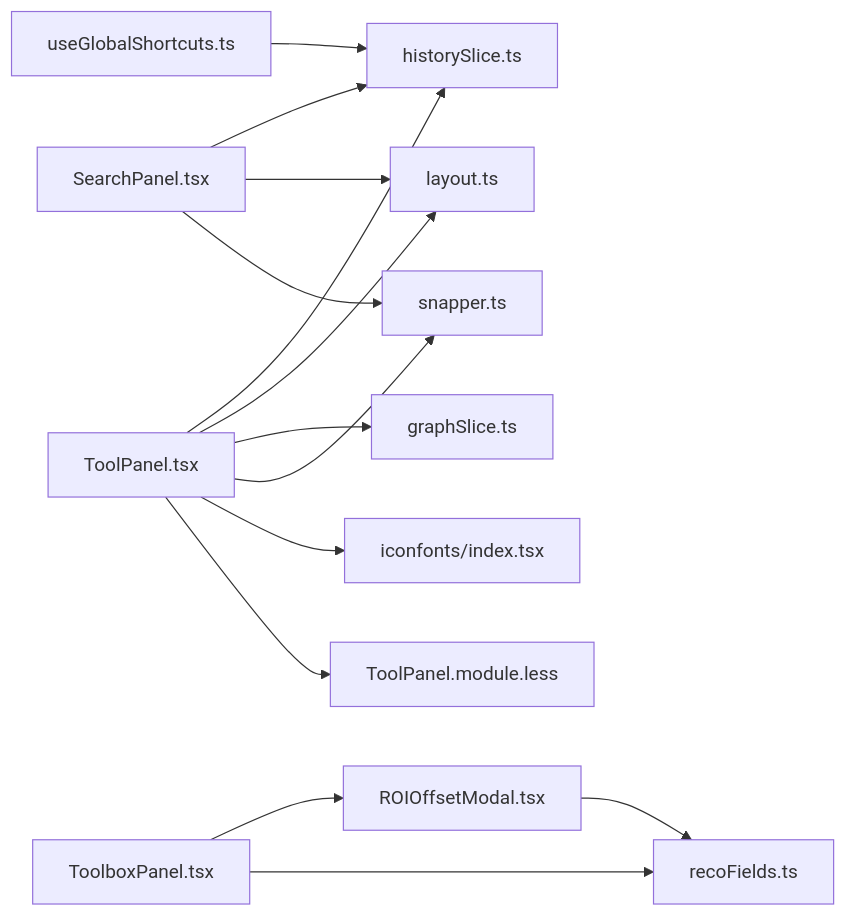
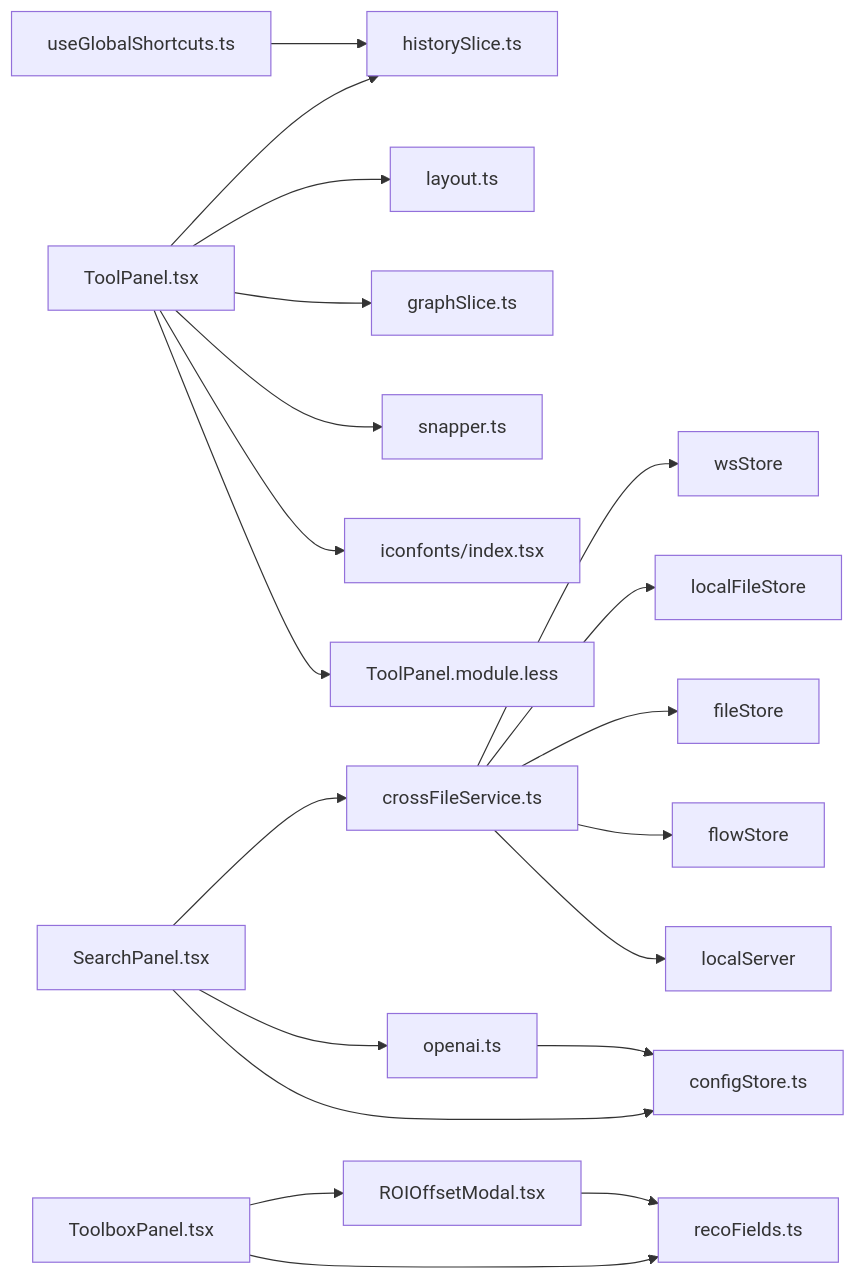
Before and after one commit to kqcoxn/MaaPipelineEditor: the sixth of 6 diagrams in .qoder/repowiki/zh/content/核心概念/工具/工具.md, drawn with Mermaid. The commit also changed other lines of this file and 6 other files, not shown here.

````diff
--- a/.qoder/repowiki/zh/content/核心概念/工具/工具.md
+++ b/.qoder/repowiki/zh/content/核心概念/工具/工具.md
@@ -453,16 +545,22 @@
 ```mermaid
 graph LR
 TP["ToolPanel.tsx"] --> HS["historySlice.ts"]
 TP --> LH["layout.ts"]
 TP --> GS["graphSlice.ts"]
 TP --> SNAP["snapper.ts"]
 TP --> ICON["iconfonts/index.tsx"]
 TP --> STYLE["ToolPanel.module.less"]
-SP["SearchPanel.tsx"] --> HS
-SP --> LH
-SP --> SNAP
+SP["SearchPanel.tsx"] --> CF["crossFileService.ts"]
+SP --> OPENAI["openai.ts"]
+SP --> CS["configStore.ts"]
+CF --> WS["wsStore"]
+CF --> LFS["localFileStore"]
+CF --> FS["fileStore"]
+CF --> FL["flowStore"]
+CF --> LS["localServer"]
+OPENAI --> CS
 GSH["useGlobalShortcuts.ts"] --> HS
 TB["ToolboxPanel.tsx"] --> ROI["ROIOffsetModal.tsx"]
 TB --> RF["recoFields.ts"]
 ROI --> RF
 ```
````
